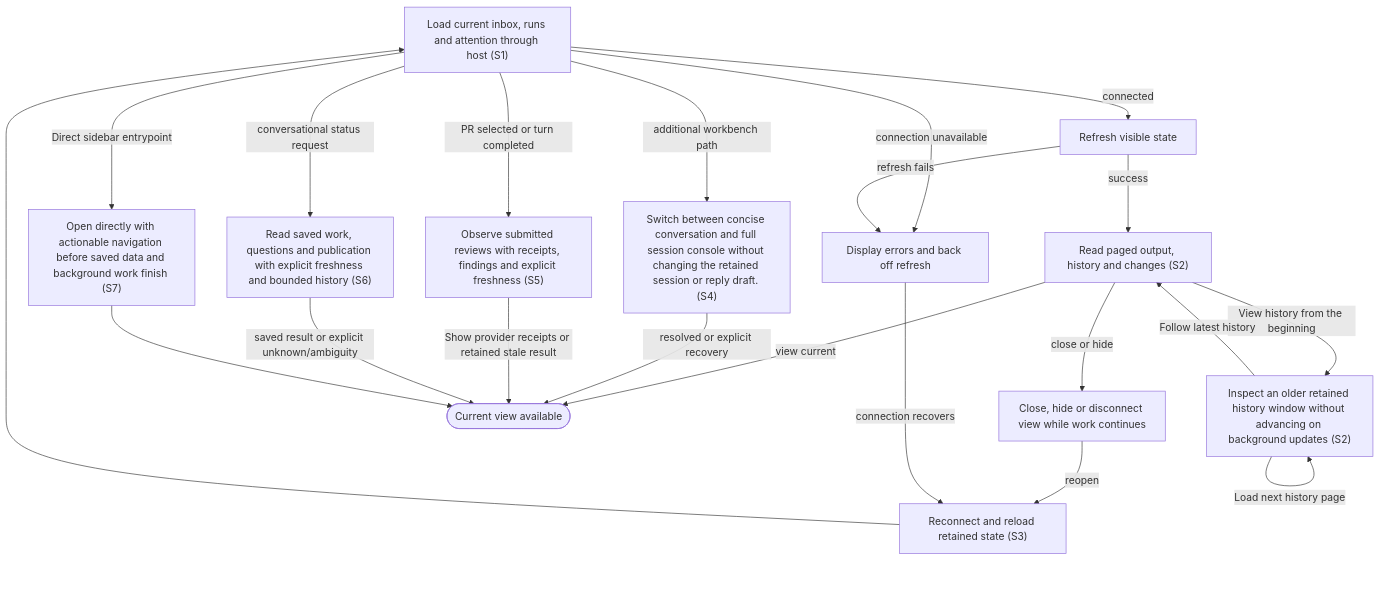
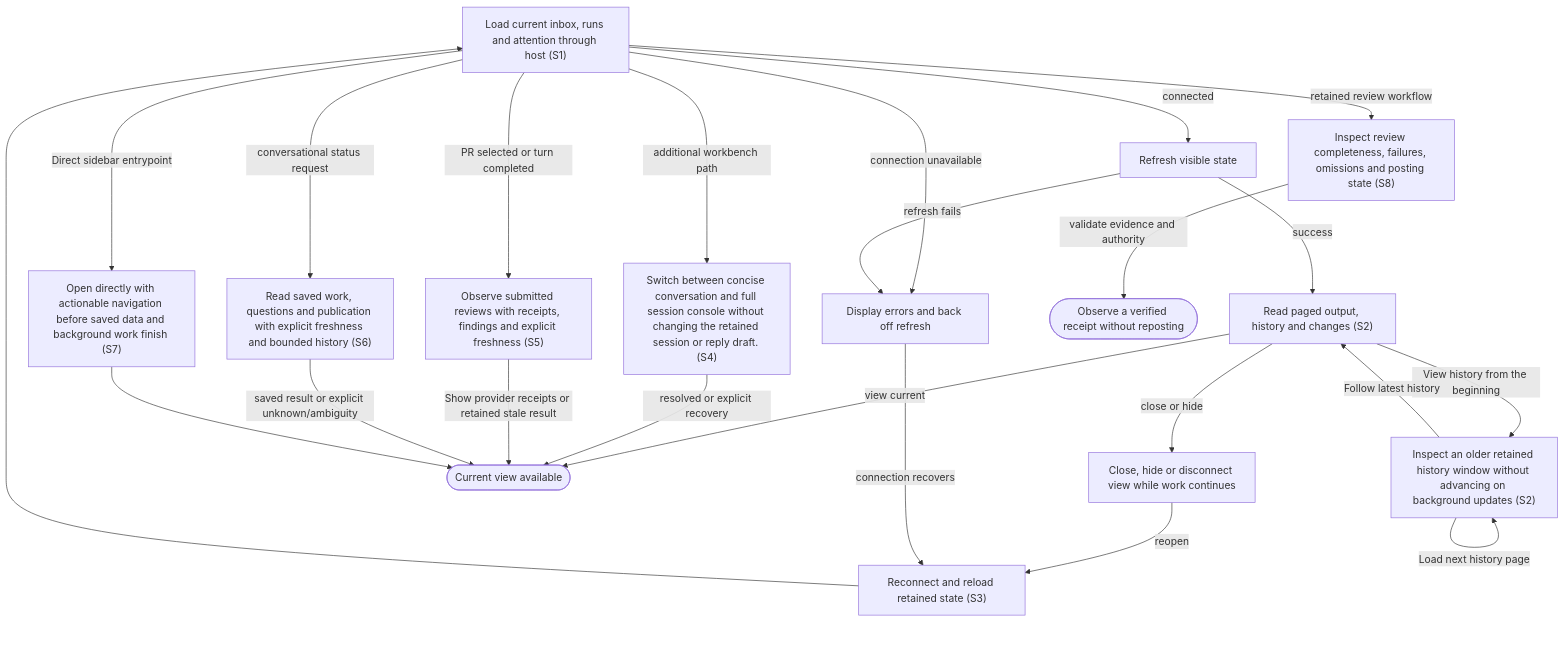
Before and after one commit to dk-code-factory/code-factory-plugin: the diagram in docs/user-flows/view-live-work.md, drawn with Mermaid. The commit also changed other lines of this file and 98 other files, not shown here.

First line of the commit message:
Move PR review and publication into retained workflows

````diff
--- a/docs/user-flows/view-live-work.md
+++ b/docs/user-flows/view-live-work.md
@@ -54,35 +56,39 @@
 ```mermaid
 flowchart TD
     N0["Load current inbox, runs and attention through host #40;S1#41;"]
     N1["Refresh visible state"]
     N2["Read paged output, history and changes #40;S2#41;"]
     N3["Close, hide or disconnect view while work continues"]
     N4["Display errors and back off refresh"]
     N5["Reconnect and reload retained state #40;S3#41;"]
     N6(["Current view available"])
     N7["Switch between concise conversation and full session console without changing the retained session or reply draft. #40;S4#41;"]
     N8["Observe submitted reviews with receipts, findings and explicit freshness #40;S5#41;"]
     N9["Read saved work, questions and publication with explicit freshness and bounded history #40;S6#41;"]
     N10["Open directly with actionable navigation before saved data and background work finish #40;S7#41;"]
     N11["Inspect an older retained history window without advancing on background updates #40;S2#41;"]
+    N12["Inspect review completeness, failures, omissions and posting state #40;S8#41;"]
+    N13(["Observe a verified receipt without reposting"])
     N0 -->|"connected"| N1
     N0 -->|"connection unavailable"| N4
     N1 -->|"success"| N2
     N1 -->|"refresh fails"| N4
     N2 -->|"close or hide"| N3
     N3 -->|"reopen"| N5
     N4 -->|"connection recovers"| N5
     N5 --> N0
     N2 -->|"view current"| N6
     N0 -->|"additional workbench path"| N7
     N7 -->|"resolved or explicit recovery"| N6
     N0 -->|"PR selected or turn completed"| N8
     N8 -->|"Show provider receipts or retained stale result"| N6
     N0 -->|"conversational status request"| N9
     N9 -->|"saved result or explicit unknown/ambiguity"| N6
     N0 -->|"Direct sidebar entrypoint"| N10
     N10 --> N6
     N2 -->|"View history from the beginning"| N11
     N11 -->|"Load next history page"| N11
     N11 -->|"Follow latest history"| N2
+    N0 -->|"retained review workflow"| N12
+    N12 -->|"validate evidence and authority"| N13
 ```
````
